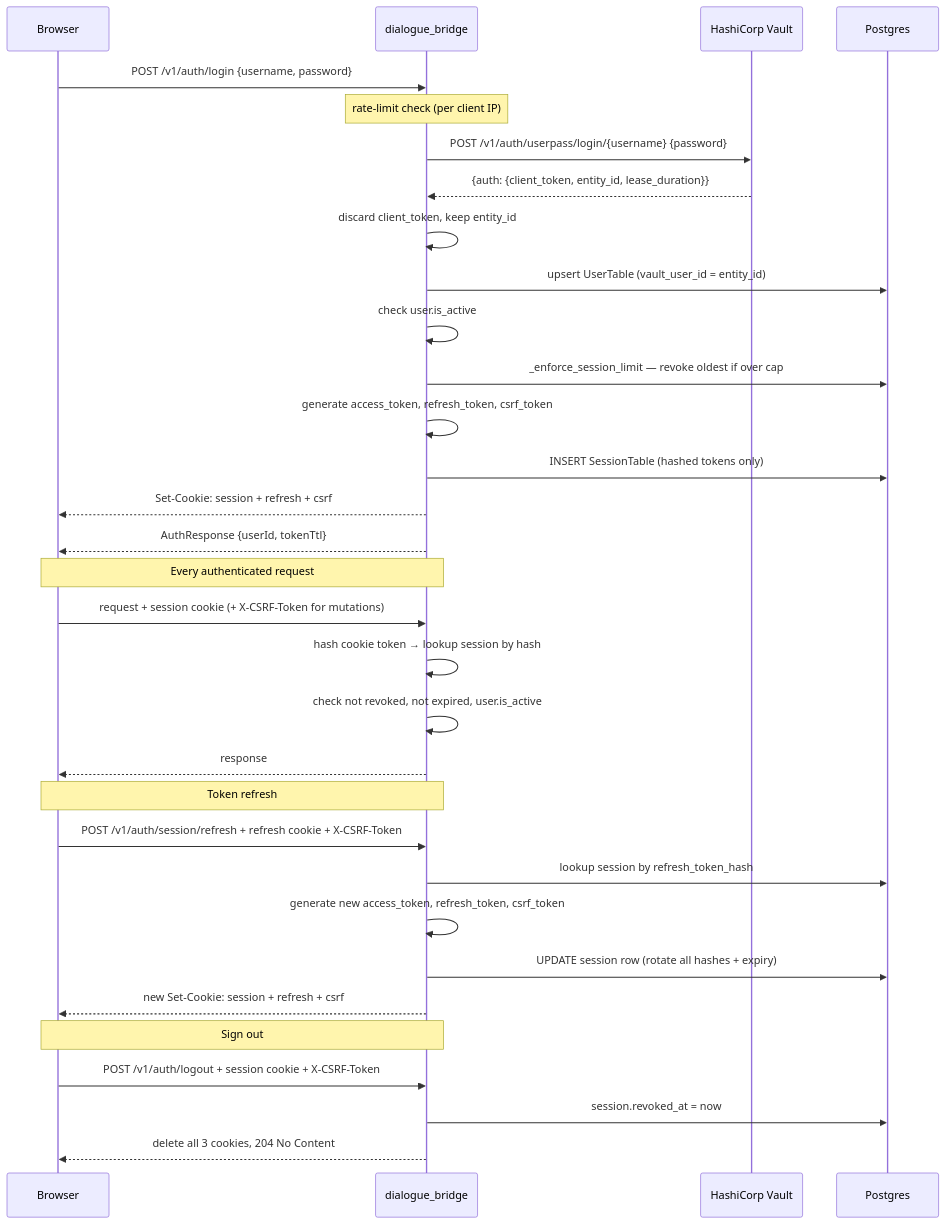
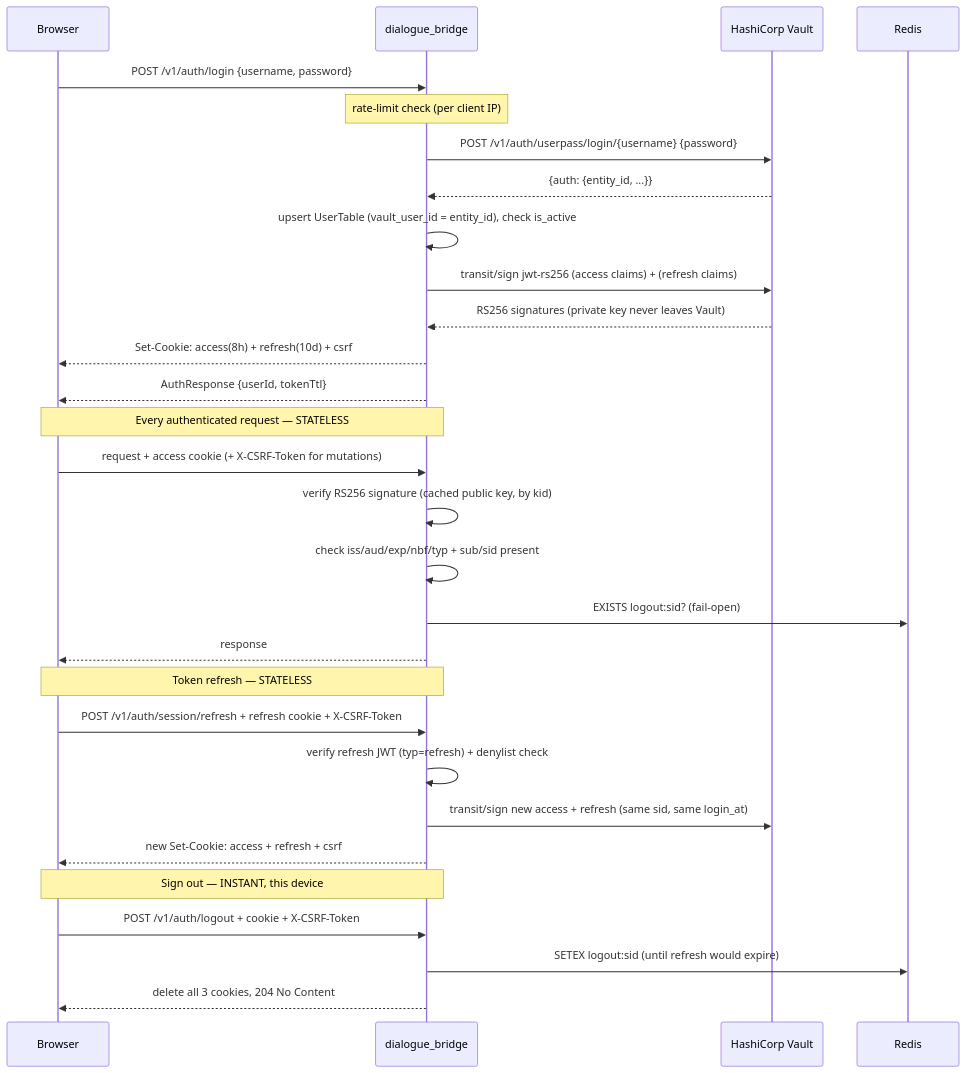
One commit to konstantinosmpouros/mAgenticX changed the second of 5 diagrams in docs/flows/authentication-and-session.md. Above: the diagram before and after it, drawn with Mermaid. The commit also changed other lines of this file and 29 other files, not shown here.

Commit message:
Stateless Vault-signed JWT sessions, replacing DB-backed sessions

````diff
--- a/docs/flows/authentication-and-session.md
+++ b/docs/flows/authentication-and-session.md
@@ -27,38 +32,35 @@
 ```mermaid
 sequenceDiagram
     participant B as Browser
     participant Bridge as dialogue_bridge
     participant Vault as HashiCorp Vault
-    participant PG as Postgres
+    participant Redis as Redis
 
     B->>Bridge: POST /v1/auth/login {username, password}
     Note over Bridge: rate-limit check (per client IP)
     Bridge->>Vault: POST /v1/auth/userpass/login/{username} {password}
-    Vault-->>Bridge: {auth: {client_token, entity_id, lease_duration}}
-    Bridge->>Bridge: discard client_token, keep entity_id
-    Bridge->>PG: upsert UserTable (vault_user_id = entity_id)
-    Bridge->>Bridge: check user.is_active
-    Bridge->>PG: _enforce_session_limit — revoke oldest if over cap
-    Bridge->>Bridge: generate access_token, refresh_token, csrf_token
-    Bridge->>PG: INSERT SessionTable (hashed tokens only)
-    Bridge-->>B: Set-Cookie: session + refresh + csrf
+    Vault-->>Bridge: {auth: {entity_id, ...}}
+    Bridge->>Bridge: upsert UserTable (vault_user_id = entity_id), check is_active
+    Bridge->>Vault: transit/sign jwt-rs256 (access claims) + (refresh claims)
+    Vault-->>Bridge: RS256 signatures (private key never leaves Vault)
+    Bridge-->>B: Set-Cookie: access(8h) + refresh(10d) + csrf
     Bridge-->>B: AuthResponse {userId, tokenTtl}
 
-    Note over B,Bridge: Every authenticated request
-    B->>Bridge: request + session cookie (+ X-CSRF-Token for mutations)
-    Bridge->>Bridge: hash cookie token → lookup session by hash
-    Bridge->>Bridge: check not revoked, not expired, user.is_active
+    Note over B,Bridge: Every authenticated request — STATELESS
+    B->>Bridge: request + access cookie (+ X-CSRF-Token for mutations)
+    Bridge->>Bridge: verify RS256 signature (cached public key, by kid)
+    Bridge->>Bridge: check iss/aud/exp/nbf/typ + sub/sid present
+    Bridge->>Redis: EXISTS logout:sid? (fail-open)
     Bridge-->>B: response
 
-    Note over B,Bridge: Token refresh
+    Note over B,Bridge: Token refresh — STATELESS
     B->>Bridge: POST /v1/auth/session/refresh + refresh cookie + X-CSRF-Token
-    Bridge->>PG: lookup session by refresh_token_hash
-    Bridge->>Bridge: generate new access_token, refresh_token, csrf_token
-    Bridge->>PG: UPDATE session row (rotate all hashes + expiry)
-    Bridge-->>B: new Set-Cookie: session + refresh + csrf
+    Bridge->>Bridge: verify refresh JWT (typ=refresh) + denylist check
+    Bridge->>Vault: transit/sign new access + refresh (same sid, same login_at)
+    Bridge-->>B: new Set-Cookie: access + refresh + csrf
 
-    Note over B,Bridge: Sign out
-    B->>Bridge: POST /v1/auth/logout + session cookie + X-CSRF-Token
-    Bridge->>PG: session.revoked_at = now
+    Note over B,Bridge: Sign out — INSTANT, this device
+    B->>Bridge: POST /v1/auth/logout + cookie + X-CSRF-Token
+    Bridge->>Redis: SETEX logout:sid (until refresh would expire)
     Bridge-->>B: delete all 3 cookies, 204 No Content
 ```
````
